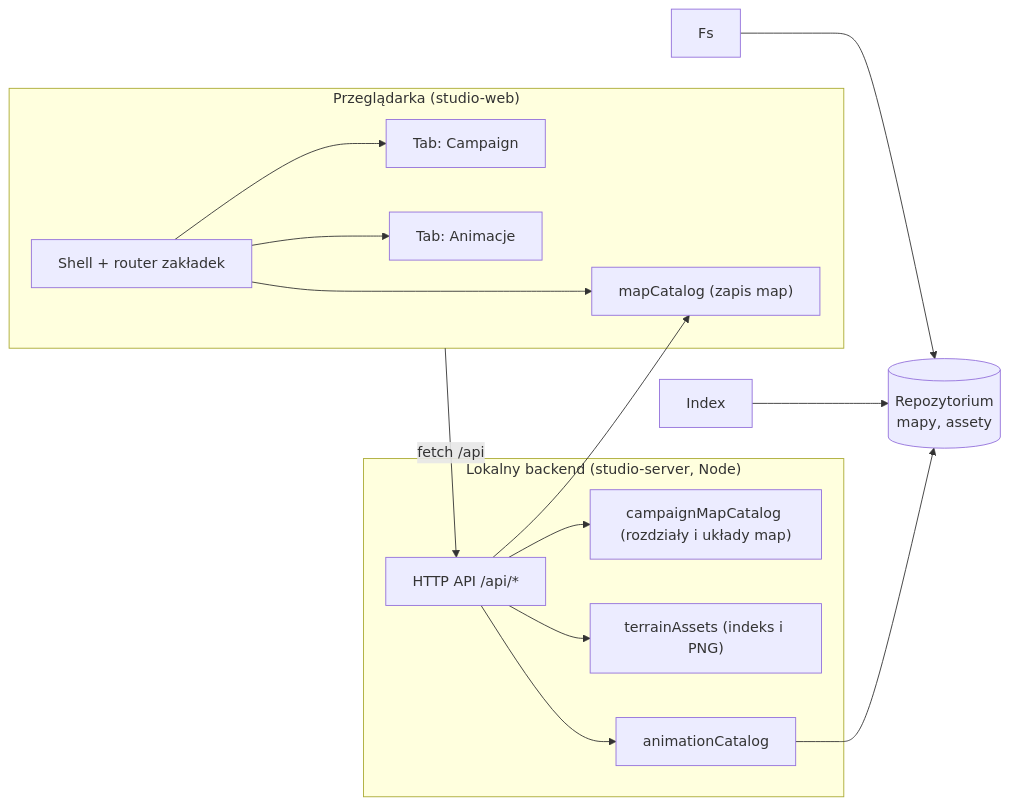
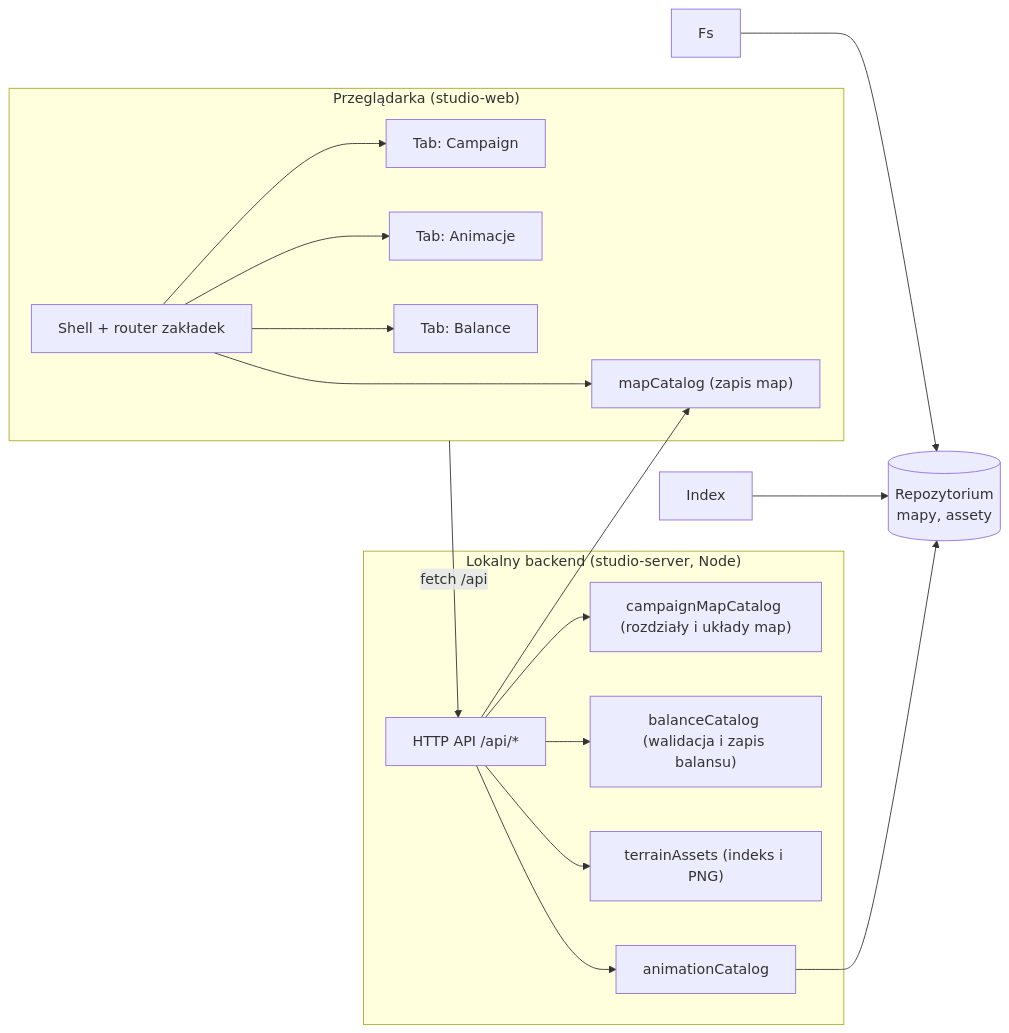
One commit to kokocinskimichal/urkaaz-catapult-chaos changed the diagram in docs/architecture/studio-architecture.md. Above: the diagram before and after it, drawn with Mermaid. The commit also changed other lines of this file and 19 other files, not shown here.

````diff
--- a/docs/architecture/studio-architecture.md
+++ b/docs/architecture/studio-architecture.md
@@ -38,22 +40,24 @@
 ```mermaid
 flowchart LR
   subgraph Browser["Przeglądarka (studio-web)"]
     Shell["Shell + router zakładek"]
     Maps["Tab: Mapy"]
     Campaign["Tab: Campaign"]
     Viz["Tab: Animacje"]
-    Shell --> Maps & Campaign & Viz
+    Balance["Tab: Balance"]
+    Shell --> Maps & Campaign & Viz & Balance
   end
   subgraph Local["Lokalny backend (studio-server, Node)"]
     Api["HTTP API /api/*"]
     Maps["mapCatalog (zapis map)"]
     CampaignCatalog["campaignMapCatalog (rozdziały i układy map)"]
+    BalanceCatalog["balanceCatalog (walidacja i zapis balansu)"]
     Assets["terrainAssets (indeks i PNG)"]
     Anim["animationCatalog"]
-    Api --> Maps & CampaignCatalog & Assets & Anim
+    Api --> Maps & CampaignCatalog & BalanceCatalog & Assets & Anim
   end
   Browser -- "fetch /api" --> Api
   Fs --> Repo[("Repozytorium\nmapy, assety")]
   Index --> Repo
   Anim --> Repo
 ```
````
